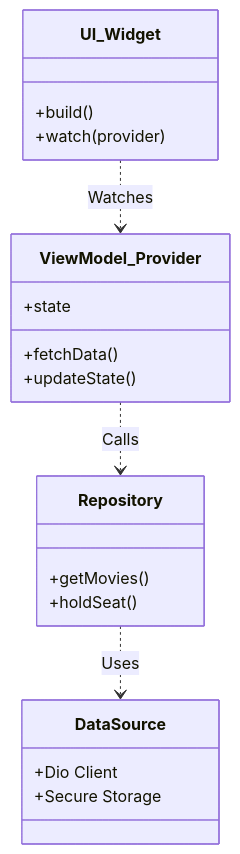
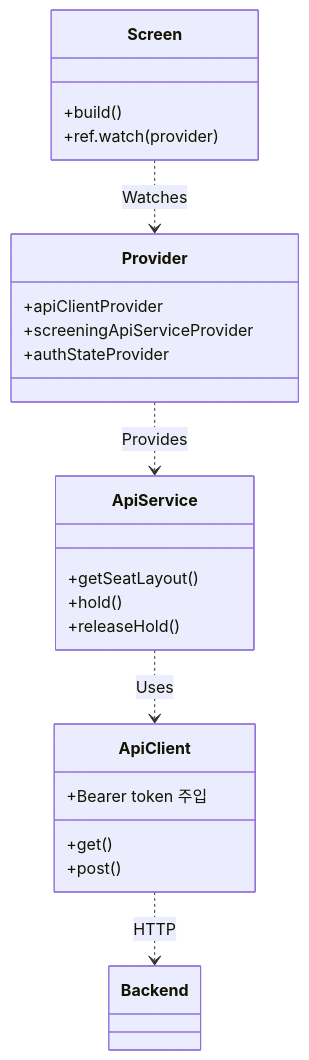
The second of 2 diagrams in doc/ARCHITECTURE_MOBILE.md (VelkaressiaBlutkrone/spring-cinema-app-ex), drawn with Mermaid before and after one commit. The commit also changed other lines of this file and 15 other files, not shown here.

````diff
--- a/doc/ARCHITECTURE_MOBILE.md
+++ b/doc/ARCHITECTURE_MOBILE.md
@@ -35,27 +54,30 @@
 ```mermaid
 classDiagram
-    class UI_Widget {
+    class Screen {
         +build()
-        +watch(provider)
+        +ref.watch(provider)
     }
 
-    class ViewModel_Provider {
-        +state
-        +fetchData()
-        +updateState()
+    class Provider {
+        +apiClientProvider
+        +screeningApiServiceProvider
+        +authStateProvider
     }
 
-    class Repository {
-        +getMovies()
-        +holdSeat()
+    class ApiService {
+        +getSeatLayout()
+        +hold()
+        +releaseHold()
     }
 
-    class DataSource {
-        +Dio Client
-        +Secure Storage
+    class ApiClient {
+        +get()
+        +post()
+        +Bearer token 주입
     }
 
-    UI_Widget ..> ViewModel_Provider : Watches
-    ViewModel_Provider ..> Repository : Calls
-    Repository ..> DataSource : Uses
+    Screen ..> Provider : Watches
+    Provider ..> ApiService : Provides
+    ApiService ..> ApiClient : Uses
+    ApiClient ..> Backend : HTTP
 ```
````
